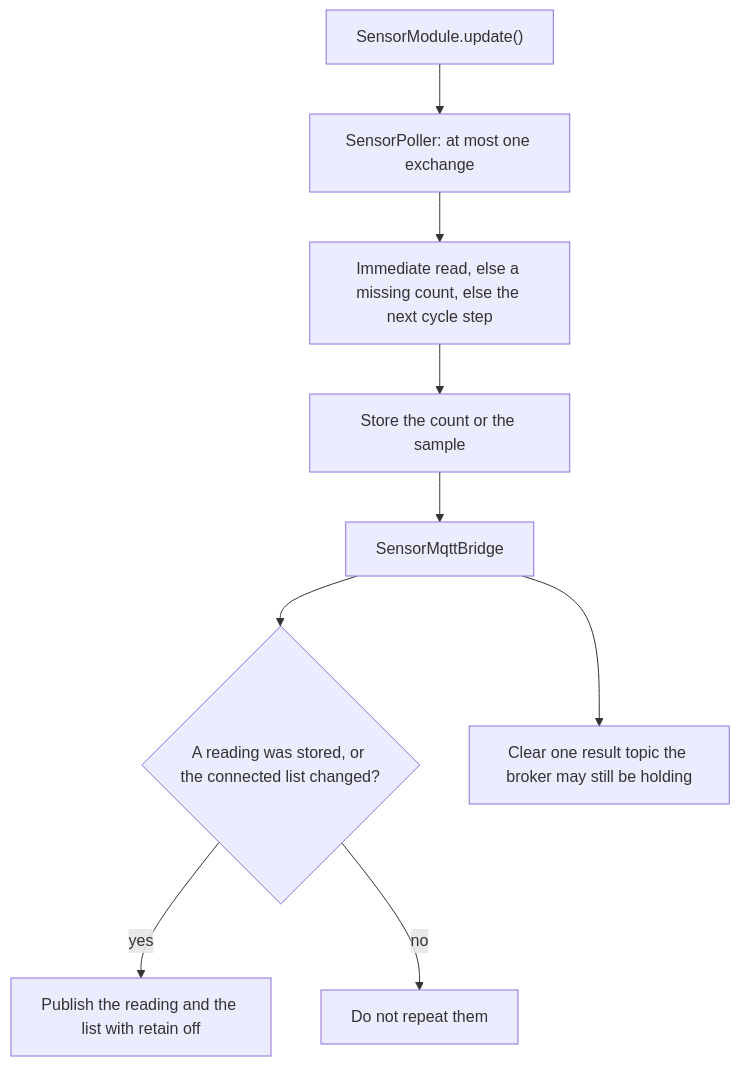
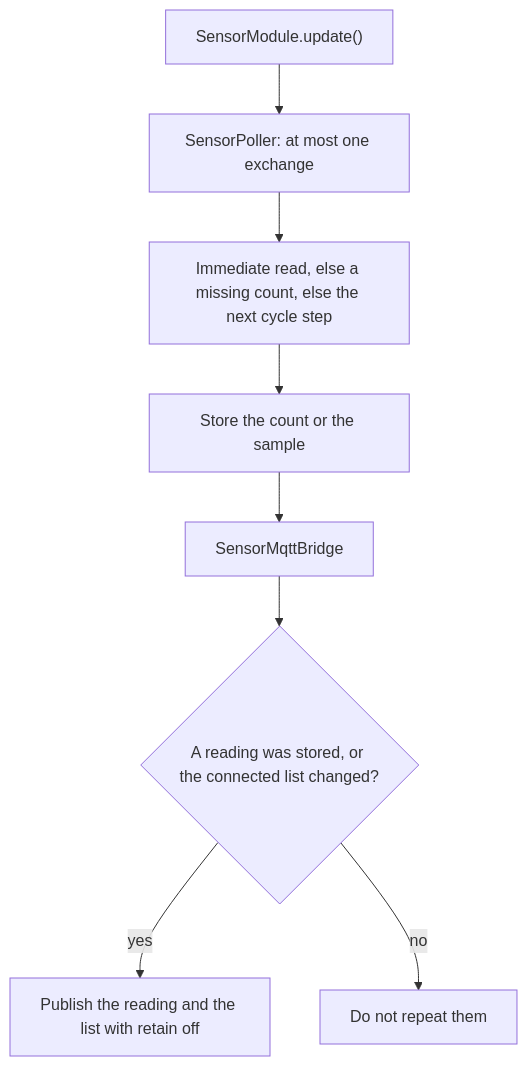
The diagram in Firmware/docs/sensor-module.md (WiddleWabbit/MQTT-ModularControllerBoard), drawn with Mermaid before and after one commit. The commit also changed other lines of this file and 18 other files, not shown here.

````diff
--- a/Firmware/docs/sensor-module.md
+++ b/Firmware/docs/sensor-module.md
@@ -28,11 +28,10 @@
 ```mermaid
 flowchart TD
   upd["SensorModule.update()"] --> poll["SensorPoller: at most one exchange"]
   poll --> order["Immediate read, else a missing count, else the next cycle step"]
   order --> mem["Store the count or the sample"]
   mem --> bridge["SensorMqttBridge"]
   bridge --> pub{"A reading was stored, or the connected list changed?"}
   pub -->|yes| mqtt["Publish the reading and the list with retain off"]
   pub -->|no| quiet["Do not repeat them"]
-  bridge --> clear["Clear one result topic the broker may still be holding"]
 ```
````
